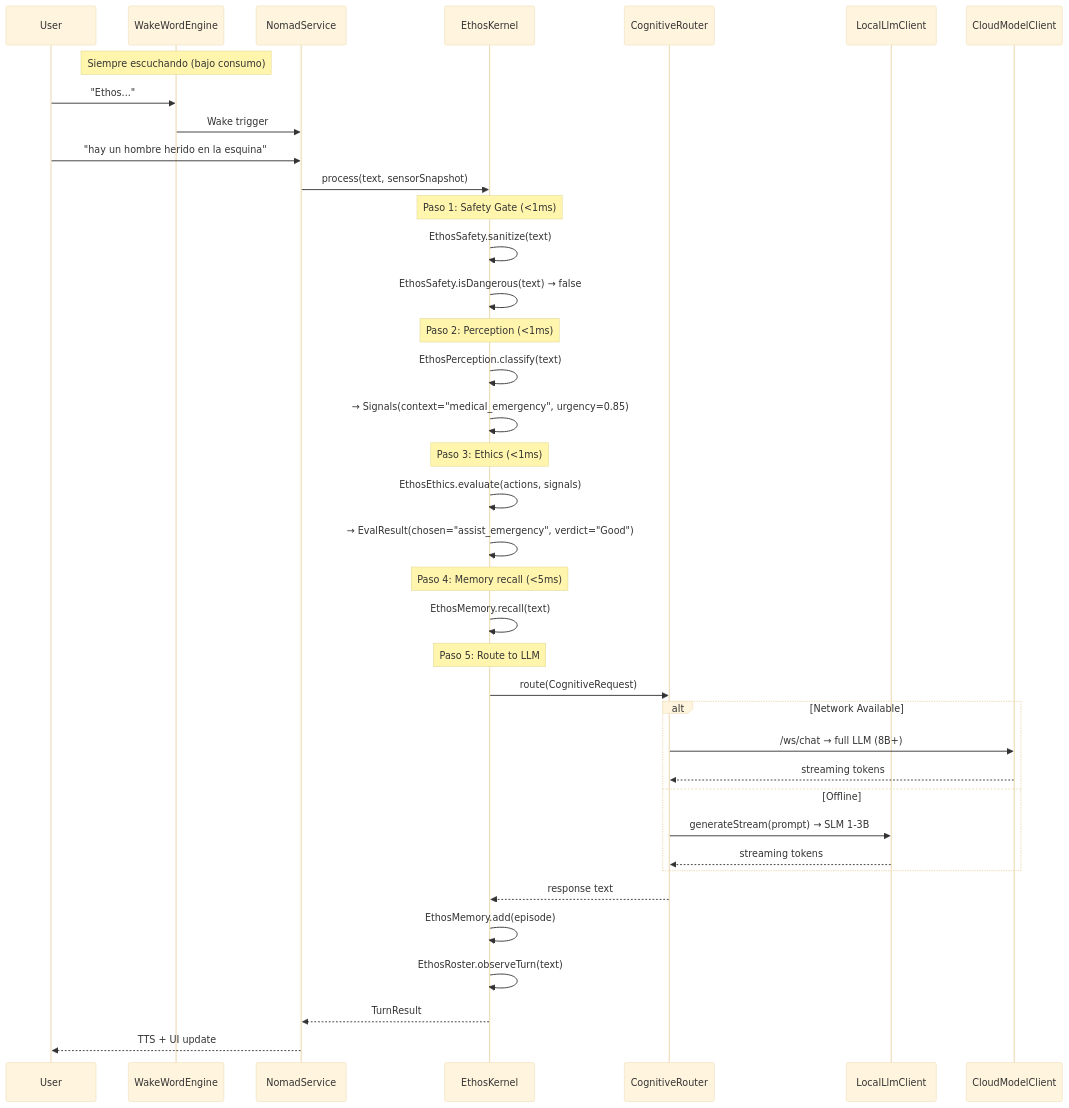
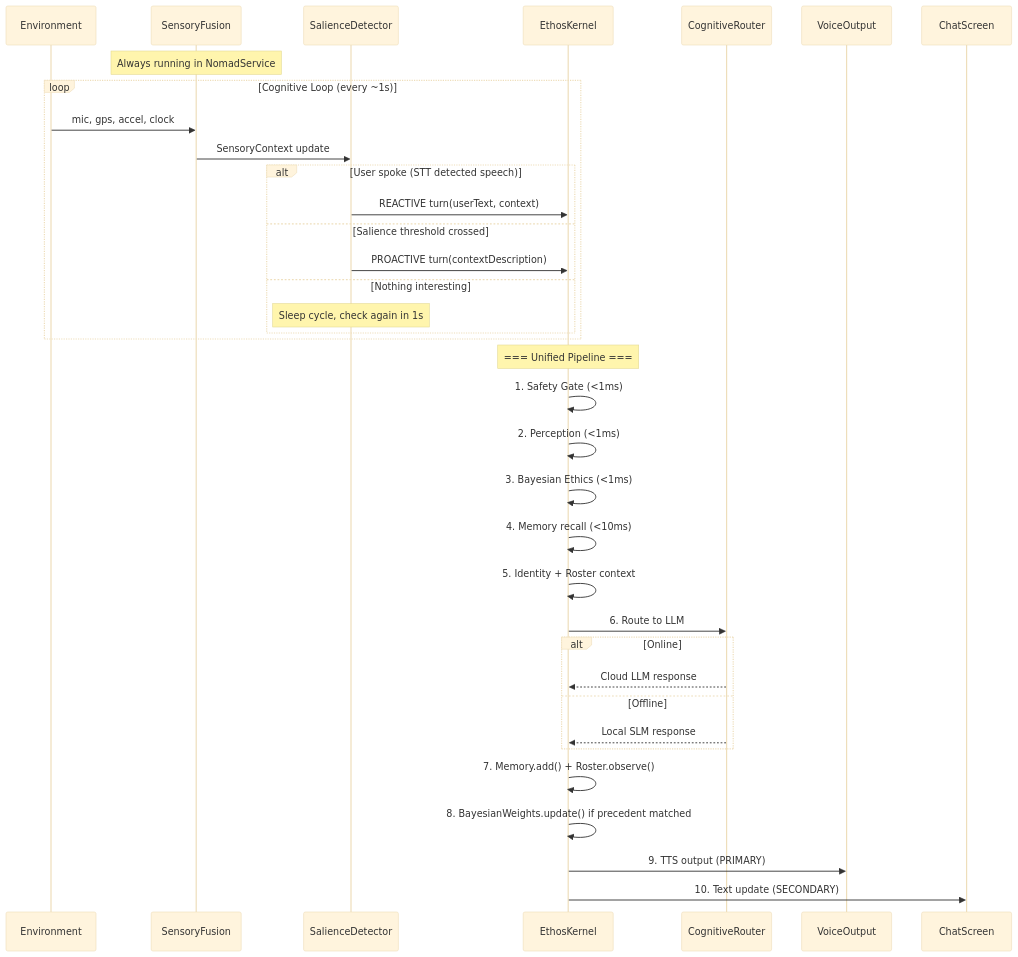
The diagram in docs/ARCHITECTURE_NOMAD_V3.md (CuevazaArt/ethical-android-mvp), drawn with Mermaid (base theme) before and after one commit. The commit also changed other lines of this file and 1 other file, not shown here.

Commit message:
V2.83c: Arquitectura V3 Integral — Bayesian Ethics + Voice-First + Proactive Conversation + Sherpa-ONNX

````diff
--- a/docs/ARCHITECTURE_NOMAD_V3.md
+++ b/docs/ARCHITECTURE_NOMAD_V3.md
@@ -227,49 +382,45 @@
 ```mermaid
 sequenceDiagram
-    participant User
-    participant WakeWord as WakeWordEngine
-    participant Service as NomadService
+    participant Env as Environment
+    participant Sensory as SensoryFusion
+    participant Salience as SalienceDetector
     participant Kernel as EthosKernel
     participant Router as CognitiveRouter
-    participant SLM as LocalLlmClient
-    participant Cloud as CloudModelClient
+    participant Voice as VoiceOutput
+    participant UI as ChatScreen
 
-    Note over WakeWord: Siempre escuchando (bajo consumo)
-    User->>WakeWord: "Ethos..."
-    WakeWord->>Service: Wake trigger
+    Note over Sensory: Always running in NomadService
 
-    User->>Service: "hay un hombre herido en la esquina"
-    Service->>Kernel: process(text, sensorSnapshot)
-
-    Note over Kernel: Paso 1: Safety Gate (<1ms)
-    Kernel->>Kernel: EthosSafety.sanitize(text)
-    Kernel->>Kernel: EthosSafety.isDangerous(text) → false
-
-    Note over Kernel: Paso 2: Perception (<1ms)
-    Kernel->>Kernel: EthosPerception.classify(text)
-    Kernel->>Kernel: → Signals(context="medical_emergency", urgency=0.85)
-
-    Note over Kernel: Paso 3: Ethics (<1ms)
-    Kernel->>Kernel: EthosEthics.evaluate(actions, signals)
-    Kernel->>Kernel: → EvalResult(chosen="assist_emergency", verdict="Good")
-
-    Note over Kernel: Paso 4: Memory recall (<5ms)
-    Kernel->>Kernel: EthosMemory.recall(text)
-
-    Note over Kernel: Paso 5: Route to LLM
-    Kernel->>Router: route(CognitiveRequest)
-
-    alt Network Available
-        Router->>Cloud: /ws/chat → full LLM (8B+)
-        Cloud-->>Router: streaming tokens
-    else Offline
-        Router->>SLM: generateStream(prompt) → SLM 1-3B
-        SLM-->>Router: streaming tokens
+    loop Cognitive Loop (every ~1s)
+        Env->>Sensory: mic, gps, accel, clock
+        Sensory->>Salience: SensoryContext update
+        
+        alt User spoke (STT detected speech)
+            Salience->>Kernel: REACTIVE turn(userText, context)
+        else Salience threshold crossed
+            Salience->>Kernel: PROACTIVE turn(contextDescription)
+        else Nothing interesting
+            Note over Salience: Sleep cycle, check again in 1s
+        end
     end
 
-    Router-->>Kernel: response text
-    Kernel->>Kernel: EthosMemory.add(episode)
-    Kernel->>Kernel: EthosRoster.observeTurn(text)
-    Kernel-->>Service: TurnResult
-    Service-->>User: TTS + UI update
+    Note over Kernel: === Unified Pipeline ===
+    Kernel->>Kernel: 1. Safety Gate (<1ms)
+    Kernel->>Kernel: 2. Perception (<1ms)
+    Kernel->>Kernel: 3. Bayesian Ethics (<1ms)
+    Kernel->>Kernel: 4. Memory recall (<10ms)
+    Kernel->>Kernel: 5. Identity + Roster context
+    
+    Kernel->>Router: 6. Route to LLM
+    alt Online
+        Router-->>Kernel: Cloud LLM response
+    else Offline
+        Router-->>Kernel: Local SLM response
+    end
+
+    Kernel->>Kernel: 7. Memory.add() + Roster.observe()
+    Kernel->>Kernel: 8. BayesianWeights.update() if precedent matched
+
+    Kernel->>Voice: 9. TTS output (PRIMARY)
+    Kernel->>UI: 10. Text update (SECONDARY)
 ```
````
